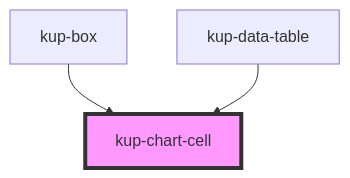
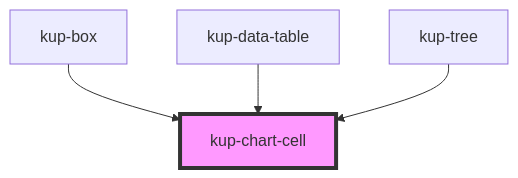
The diagram in packages/ketchup/src/components/kup-chart-cell/readme.md (smeup/ketchup), drawn with Mermaid before and after one commit. The commit also changed other lines of this file and 8 other files, not shown here.

Commit message:
managed filter on kup-tree and special tree nodes (image, button, checkbox, ecc.)

````diff
--- a/packages/ketchup/src/components/kup-chart-cell/readme.md
+++ b/packages/ketchup/src/components/kup-chart-cell/readme.md
@@ -24,6 +25,7 @@
 ```mermaid
 graph TD;
   kup-box --> kup-chart-cell
   kup-data-table --> kup-chart-cell
+  kup-tree --> kup-chart-cell
   style kup-chart-cell fill:#f9f,stroke:#333,stroke-width:4px
 ```
````
